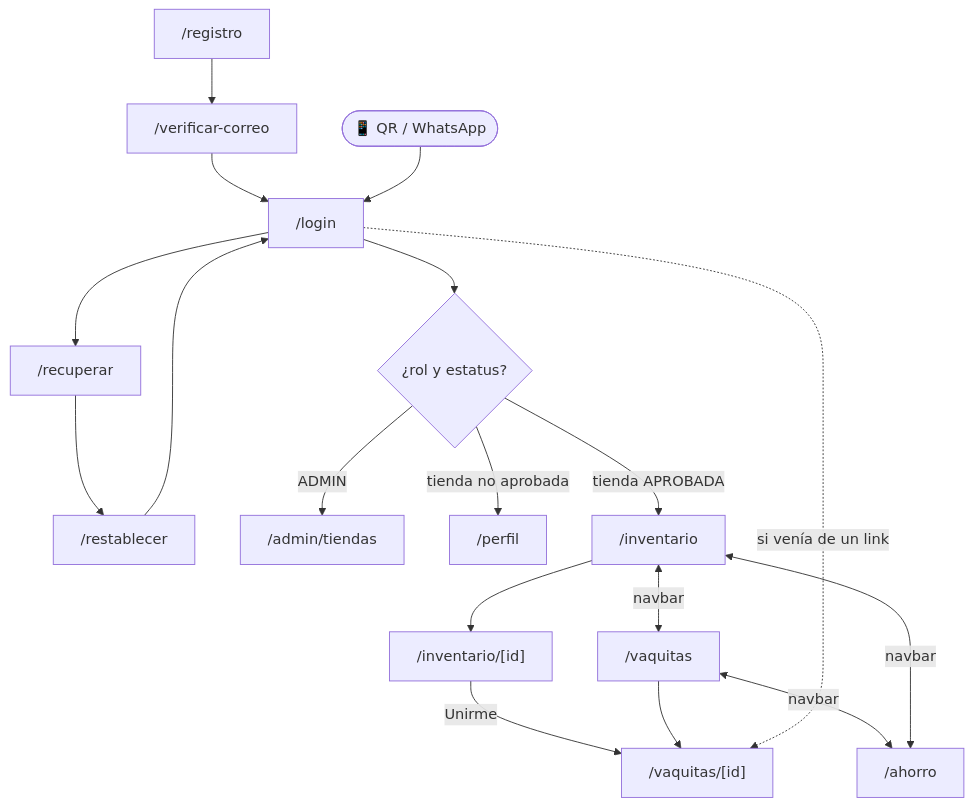
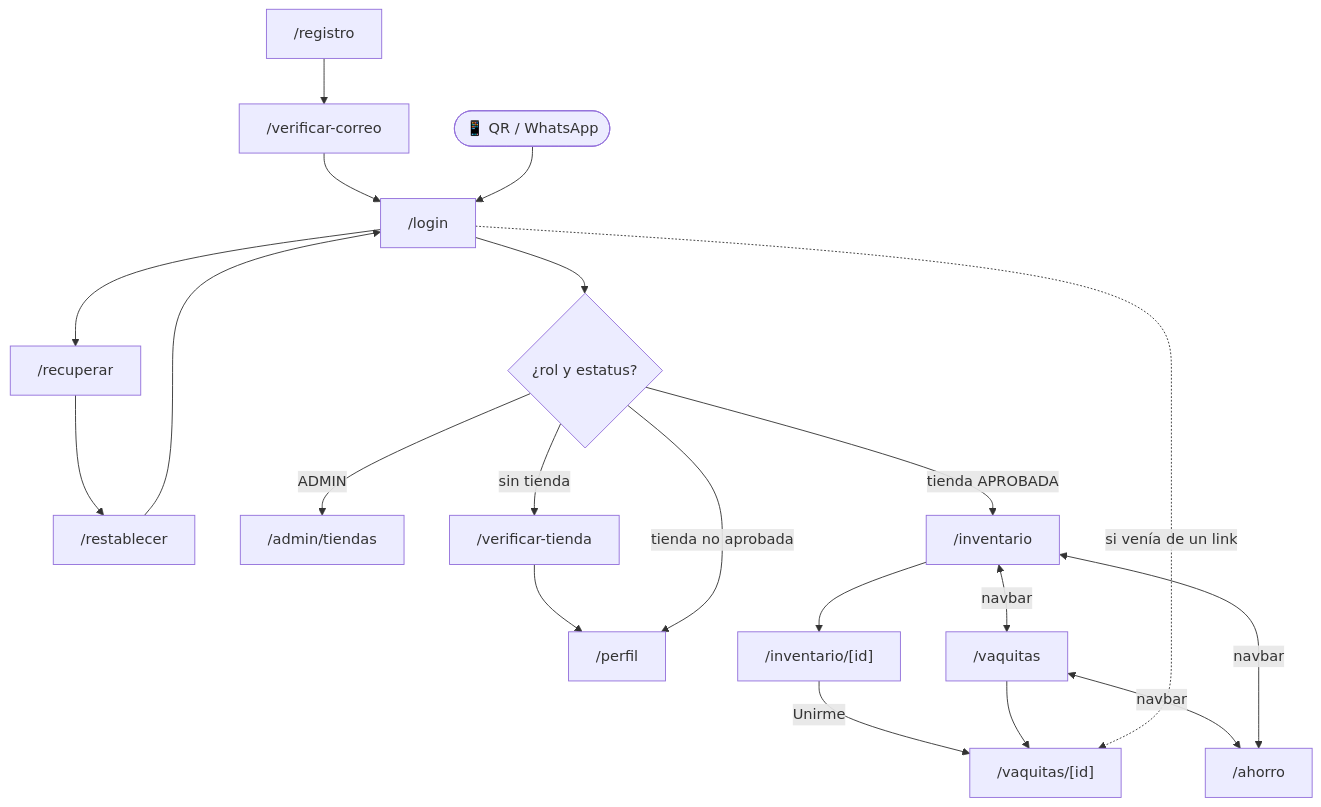
One commit to AlcortDev/Reyes-3---HackaPony changed diagram 13 of 13 in docs/SRS.md. Above: the diagram before and after it, drawn with Mermaid. The commit also changed other lines of this file and 38 other files, not shown here.

````diff
--- a/docs/SRS.md
+++ b/docs/SRS.md
@@ -1177,18 +1187,19 @@
 ```mermaid
 flowchart TB
     L["/login"] --> D{"¿rol y estatus?"}
     R["/registro"] --> VC["/verificar-correo"]
     VC --> L
     L --> REC["/recuperar"] --> RES["/restablecer"] --> L
     D -->|"ADMIN"| ADM["/admin/tiendas"]
+    D -->|"sin tienda"| VT["/verificar-tienda"] --> P
     D -->|"tienda no aprobada"| P["/perfil"]
     D -->|"tienda APROBADA"| I["/inventario"]
     I --> ID["/inventario/[id]"]
     ID -->|"Unirme"| VD["/vaquitas/[id]"]
     I <-->|"navbar"| V["/vaquitas"]
     V <-->|"navbar"| AH["/ahorro"]
     I <-->|"navbar"| AH
     V --> VD
     QR(["📱 QR / WhatsApp"]) --> L
     L -.->|"si venía de un link"| VD
 ```
````
